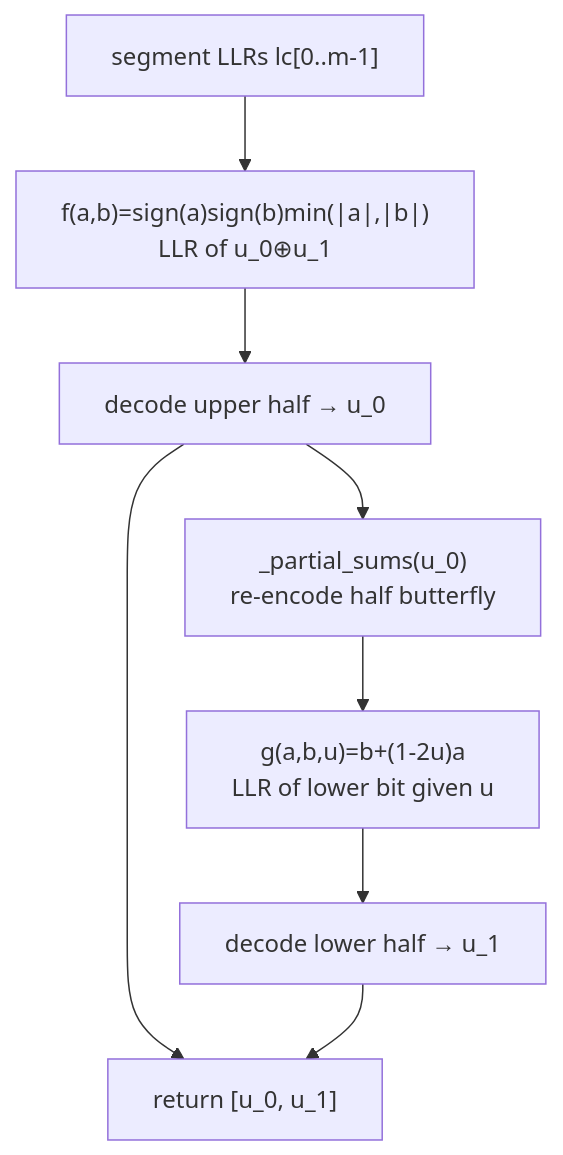
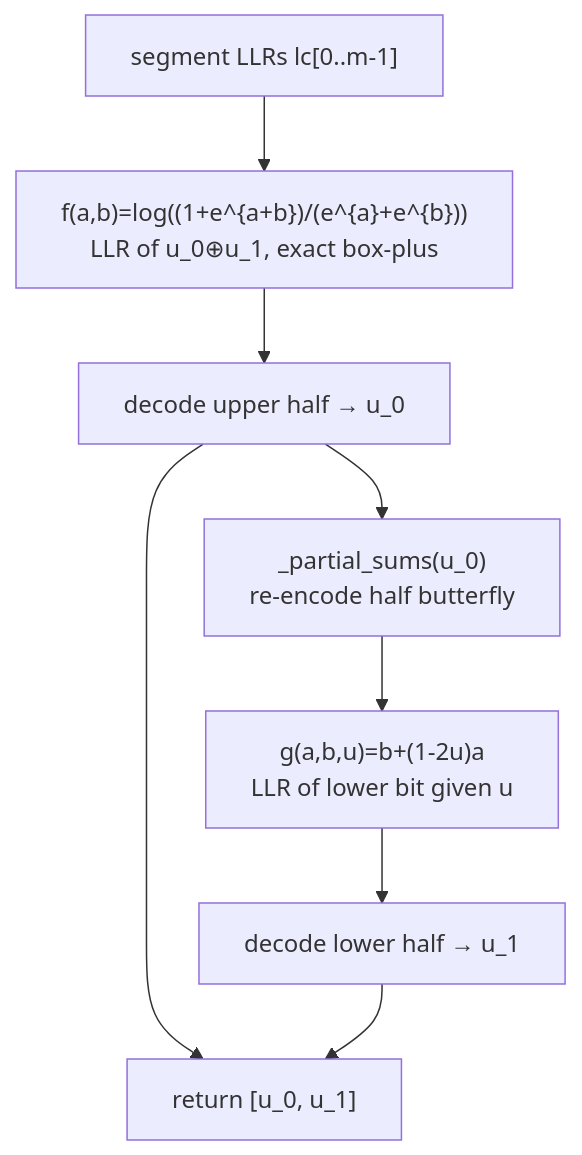
One commit to esmond-adjei/polarcodes changed the fourth of 5 diagrams in docs/tutorial.md. Above: the diagram before and after it, drawn with Mermaid. The commit also changed other lines of this file and 11 other files, not shown here.

````diff
--- a/docs/tutorial.md
+++ b/docs/tutorial.md
@@ -142,9 +143,9 @@
 ```mermaid
 flowchart TD
-    LC["segment LLRs lc[0..m-1]"] --> F["f(a,b)=sign(a)sign(b)min(|a|,|b|)<br/>LLR of u_0⊕u_1"]
+    LC["segment LLRs lc[0..m-1]"] --> F["f(a,b)=log((1+e^{a+b})/(e^{a}+e^{b}))<br/>LLR of u_0⊕u_1, exact box-plus"]
     F --> U0["decode upper half → u_0"]
     U0 --> PS["_partial_sums(u_0)<br/>re-encode half butterfly"]
     PS --> G["g(a,b,u)=b+(1-2u)a<br/>LLR of lower bit given u"]
     G --> U1["decode lower half → u_1"]
     U0 & U1 --> RET["return [u_0, u_1]"]
 ```
````
